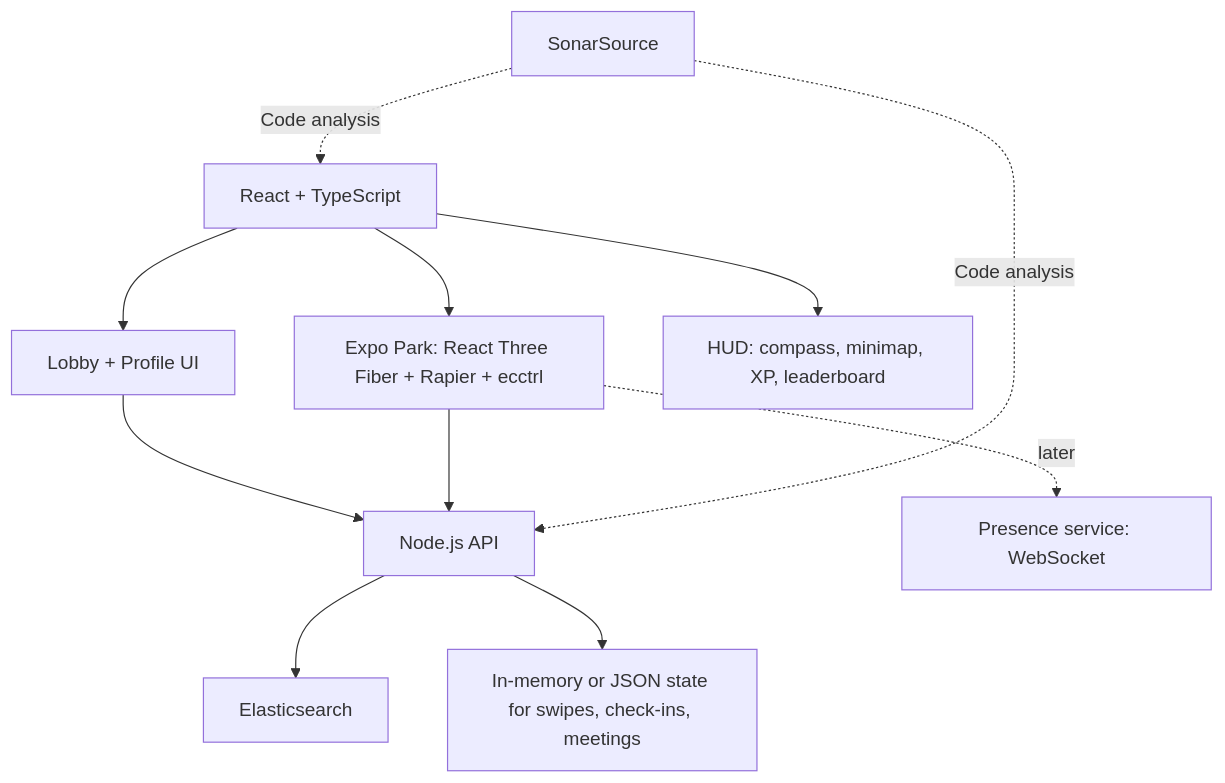
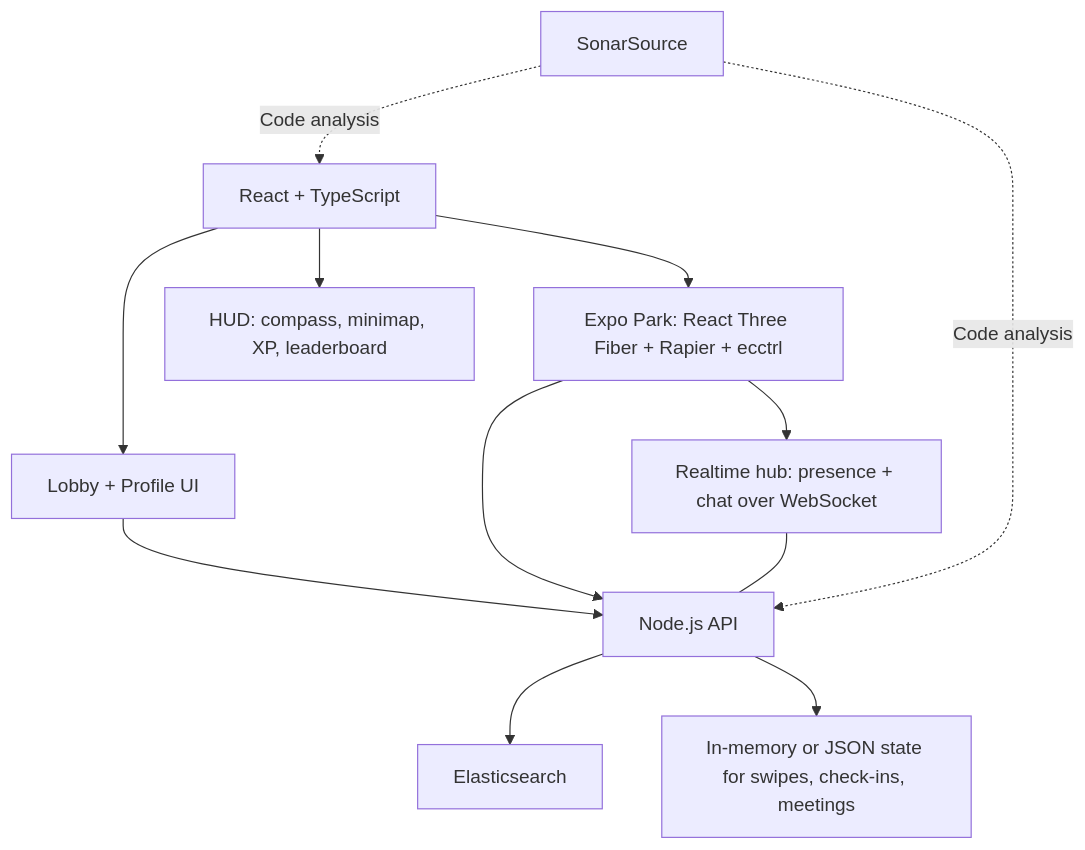
The second of 2 diagrams in MeetSpace_Hackathon_MVP.md (anonymousminh/salty-cluster), drawn with Mermaid before and after one commit. The commit also changed other lines of this file and 40 other files, not shown here.

````diff
--- a/MeetSpace_Hackathon_MVP.md
+++ b/MeetSpace_Hackathon_MVP.md
@@ -146,13 +157,14 @@
 ```mermaid
 flowchart TB
     A[React + TypeScript] --> B[Lobby + Profile UI]
     A --> C[Expo Park: React Three Fiber + Rapier + ecctrl]
     A --> H[HUD: compass, minimap, XP, leaderboard]
     B --> D[Node.js API]
     C --> D
     D --> E[Elasticsearch]
     D --> F[In-memory or JSON state for swipes, check-ins, meetings]
-    C -. later .-> P[Presence service: WebSocket]
+    C --> P[Realtime hub: presence + chat over WebSocket]
+    P --- D
     G[SonarSource] -. Code analysis .-> A
     G -. Code analysis .-> D
 ```
````
